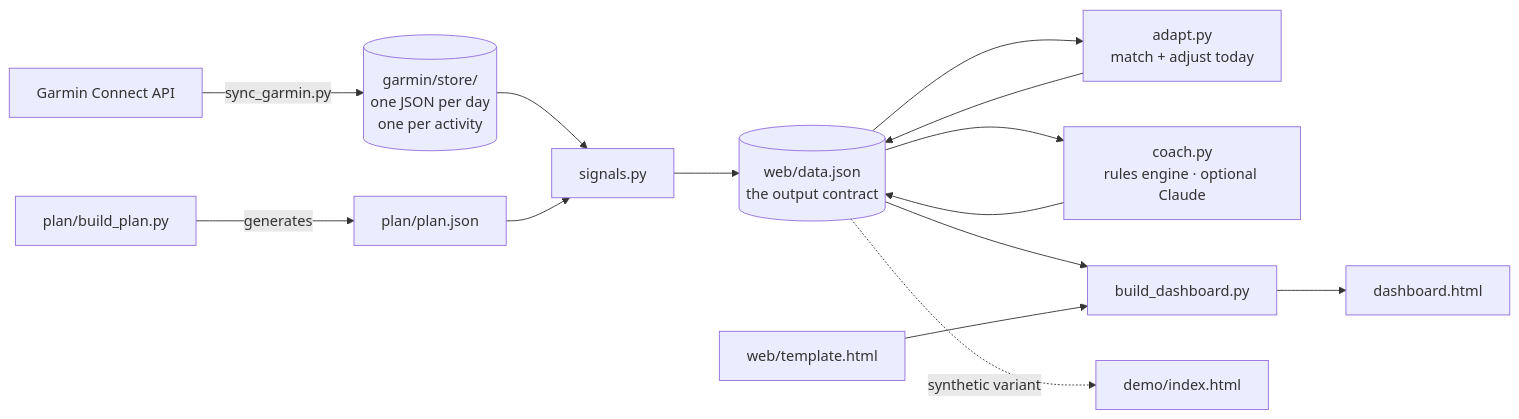
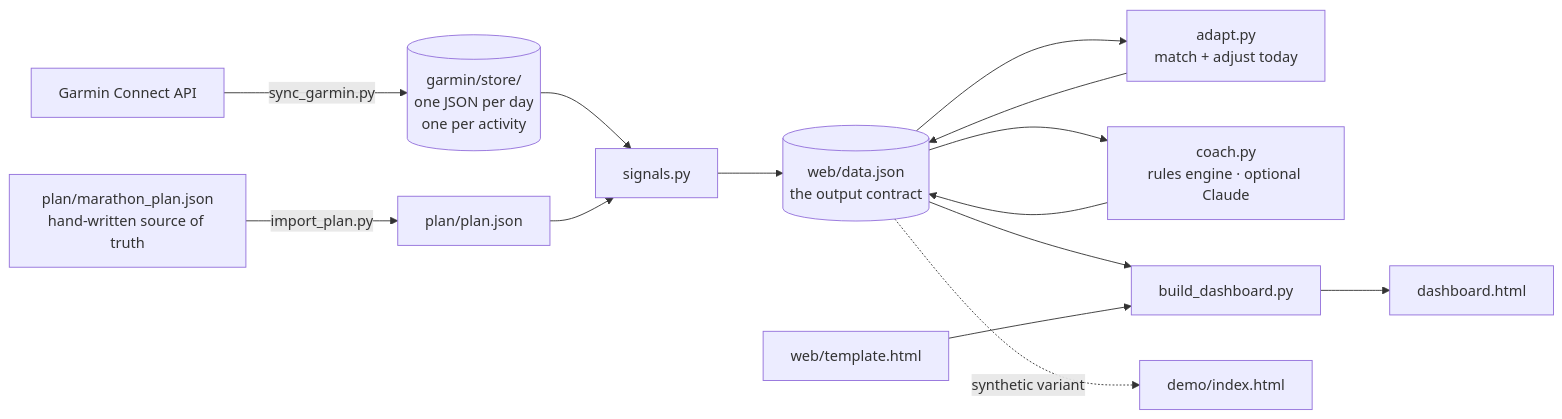
Before and after one commit to fmclaughlin44/garmin-ai: the diagram in README.md, drawn with Mermaid. The commit also changed other lines of this file and 14 other files, not shown here.

````diff
--- a/README.md
+++ b/README.md
@@ -32,16 +32,16 @@
 ```mermaid
 flowchart LR
   G[Garmin Connect API] -->|sync_garmin.py| S[(garmin/store/<br/>one JSON per day<br/>one per activity)]
-  P[plan/build_plan.py] -->|generates| PJ[plan/plan.json]
+  MP[plan/marathon_plan.json<br/>hand-written source of truth] -->|import_plan.py| PJ[plan/plan.json]
   S --> SIG[signals.py]
   PJ --> SIG
   SIG --> D[(web/data.json<br/>the output contract)]
   D --> A[adapt.py<br/>match + adjust today]
   A --> D
   D --> C[coach.py<br/>rules engine · optional Claude]
   C --> D
   D --> B[build_dashboard.py]
   T[web/template.html] --> B
   B --> H[dashboard.html]
   D -.->|synthetic variant| DEMO[demo/index.html]
 ```
````
